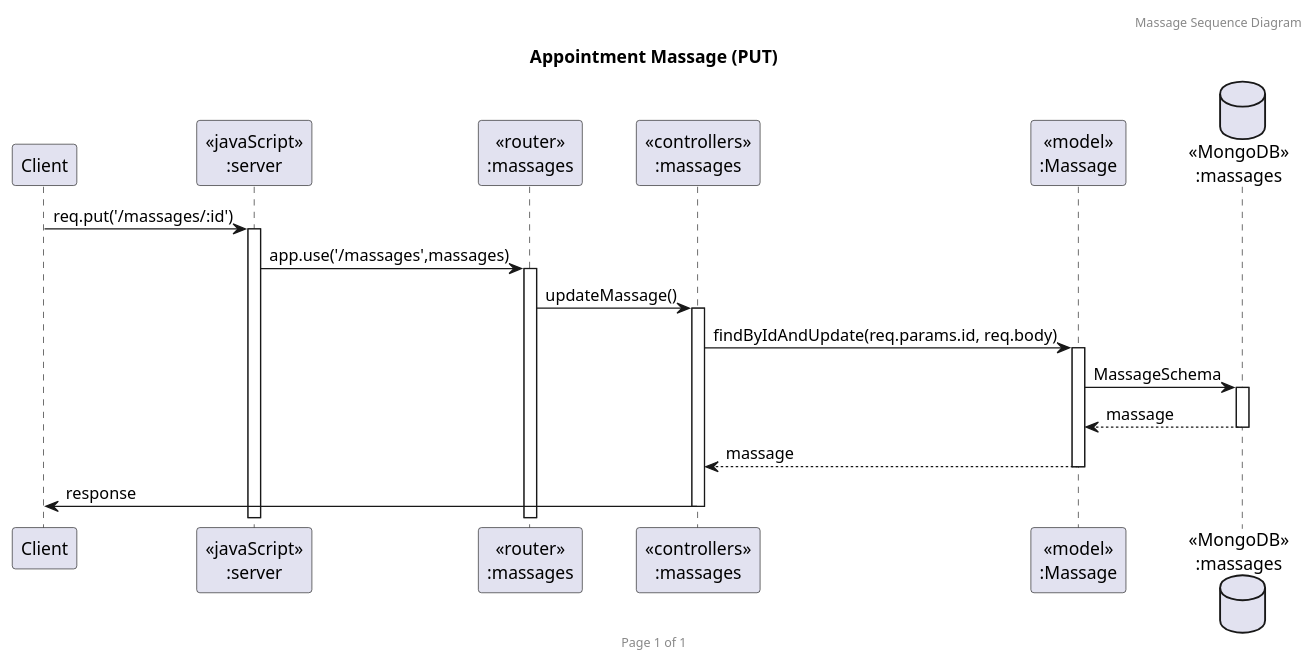
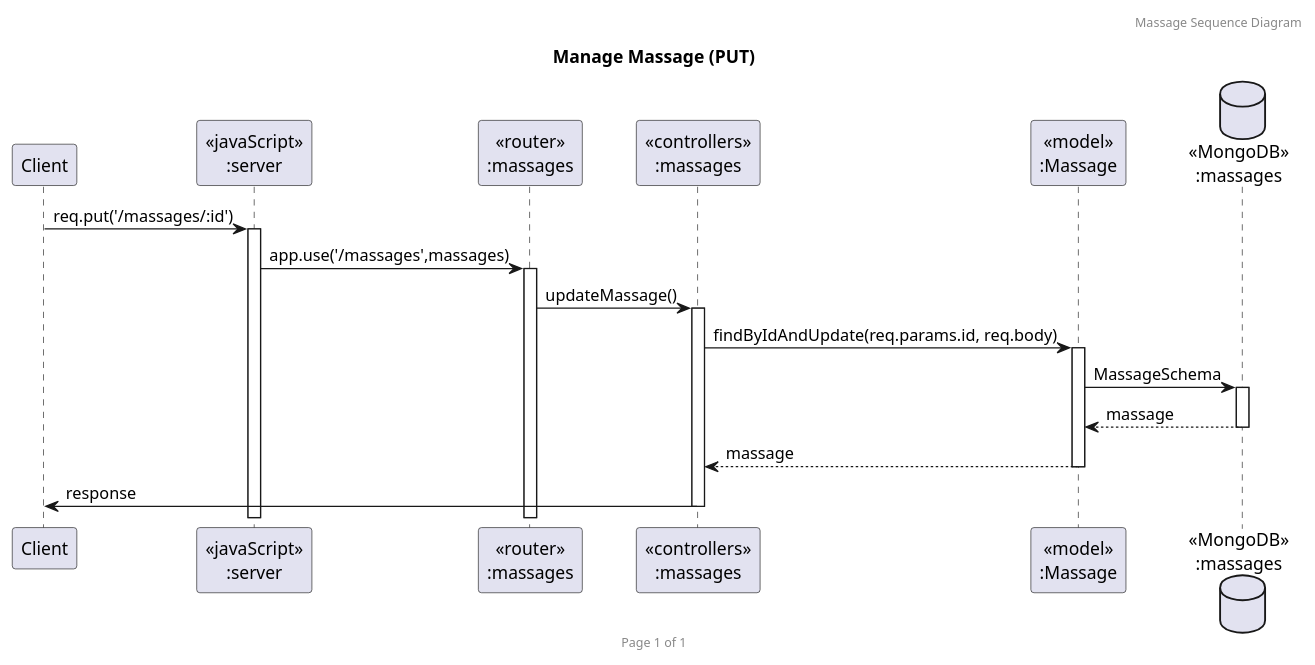
Before and after one commit to 2110503TACEDT66/presentation-day-1-samsaomidnight: the diagram in PlantUml/put.puml, drawn with PlantUML. The commit also changed 4 other files, not shown here.

Commit message:
Massage  UML already done ver1.0

```diff
--- a/PlantUml/put.puml
+++ b/PlantUml/put.puml
@@ -1,23 +1,23 @@
-@startuml Appointment Massage (PUT)
+@startuml Manage Massage (PUT)
 
 header Massage Sequence Diagram
 footer Page %page% of %lastpage%
-title "Appointment Massage (PUT)"
+title "Manage Massage (PUT)"
 
 participant "Client" as client
 participant "<<javaScript>>\n:server" as server
 participant "<<router>>\n:massages" as routerMassages
 participant "<<controllers>>\n:massages" as controllersMassages
 participant "<<model>>\n:Massage" as modelMassage
 database "<<MongoDB>>\n:massages" as MassagesDatabase
 
 client->server ++:req.put('/massages/:id')
 server->routerMassages ++:app.use('/massages',massages)
 routerMassages -> controllersMassages ++:updateMassage()
 controllersMassages->modelMassage ++:findByIdAndUpdate(req.params.id, req.body)
 modelMassage ->MassagesDatabase ++: MassageSchema
 MassagesDatabase --> modelMassage --: massage
 controllersMassages <-- modelMassage --:massage
 controllersMassages->client --:response
 
 @enduml
```
